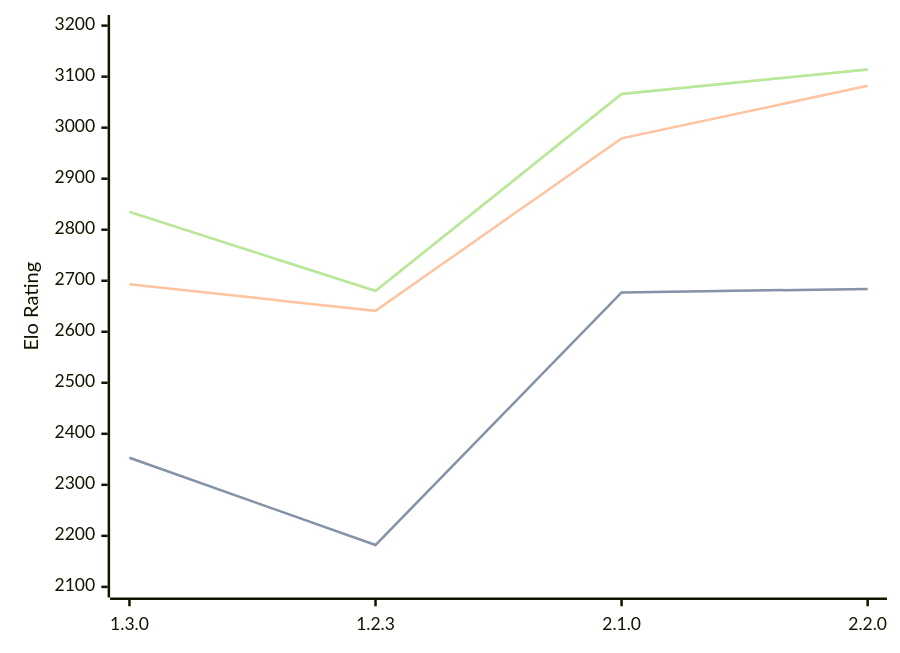
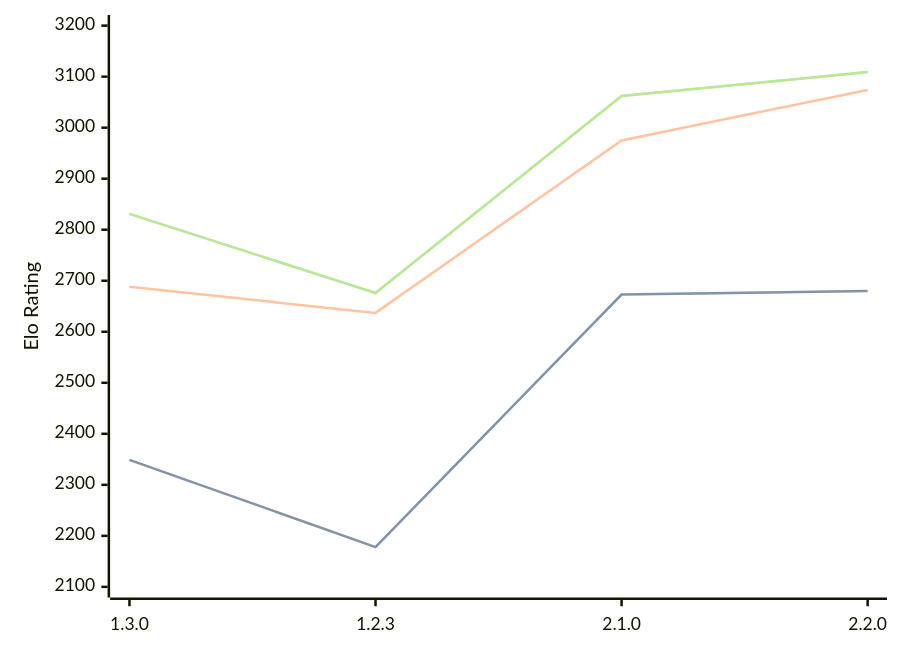
One commit to computer-chess-index/cci changed the third of 3 diagrams in engines/Aspen.md. Above: the diagram before and after it, drawn with Mermaid. The commit also changed other lines of this file, not shown here.

Commit message:
Update CCI Ratings (ELO VLTC) - 2026-07-16

````diff
--- a/engines/Aspen.md
+++ b/engines/Aspen.md
@@ -76,11 +76,11 @@
 ```mermaid
 %%{init: {"theme":"base","themeVariables":{"seriesColors:['#a3a3a3','#222221','#faa371']}}}%%
 xychart-beta
   x-axis ["1.3.0", "1.2.3", "2.1.0", "2.2.0"]
   y-axis "Elo Rating" 2100 --> 3200
-  line "STC (8.0+0.08s)" [2353, 2182, 2677, 2684]
-  line "STC (8.0+0.08s)" [2353, 2182, 2677, 2684]
-  line "LTC (60.0+0.60s)" [2693, 2641, 2979, 3082]
-  line "VLTC (2m24s+1.12s)" [2835, 2680, 3066, 3114]
-  line "VLTC (2m24s+1.12s)" [2835, 2680, 3066, 3114]
+  line "STC (8.0+0.08s)" [2349, 2178, 2673, 2680]
+  line "STC (8.0+0.08s)" [2349, 2178, 2673, 2680]
+  line "LTC (60.0+0.60s)" [2688, 2637, 2975, 3074]
+  line "VLTC (2m24s+1.12s)" [2831, 2676, 3062, 3109]
+  line "VLTC (2m24s+1.12s)" [2831, 2676, 3062, 3109]
 ```
````
